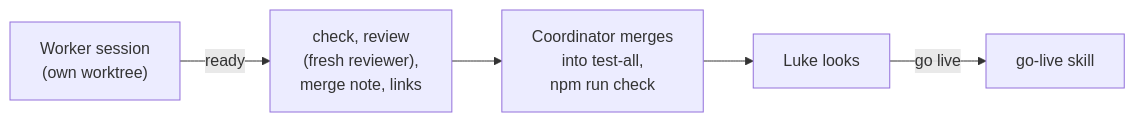
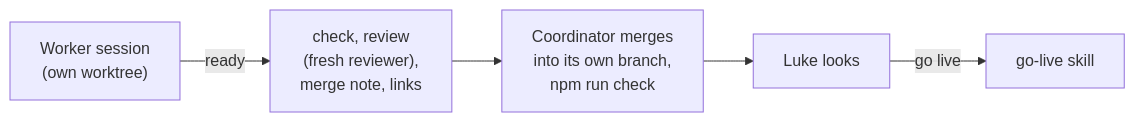
One commit to orsonbrooker/orsonbrooker.github.io changed diagram 12 of 12 in docs/architecture.md. Above: the diagram before and after it, drawn with Mermaid. The commit also changed other lines of this file and 13 other files, not shown here.

Commit message:
Retire test-all: work branches from main, the coordinator checks merges on its own branch

````diff
--- a/docs/architecture.md
+++ b/docs/architecture.md
@@ -834,7 +834,7 @@
 ```mermaid
 flowchart LR
   W["Worker session<br/>(own worktree)"] -- ready --> R["check, review<br/>(fresh reviewer),<br/>merge note, links"]
-  R --> C["Coordinator merges<br/>into test-all,<br/>npm run check"]
+  R --> C["Coordinator merges<br/>into its own branch,<br/>npm run check"]
   C --> L["Luke looks"]
   L -- "go live" --> G["go-live skill"]
 ```
````
